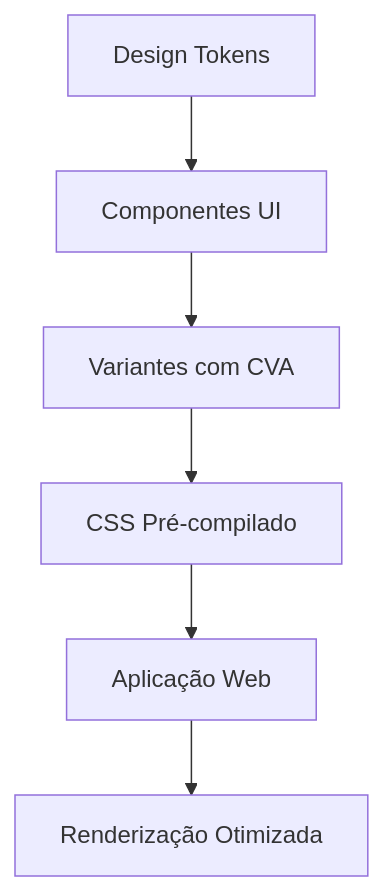
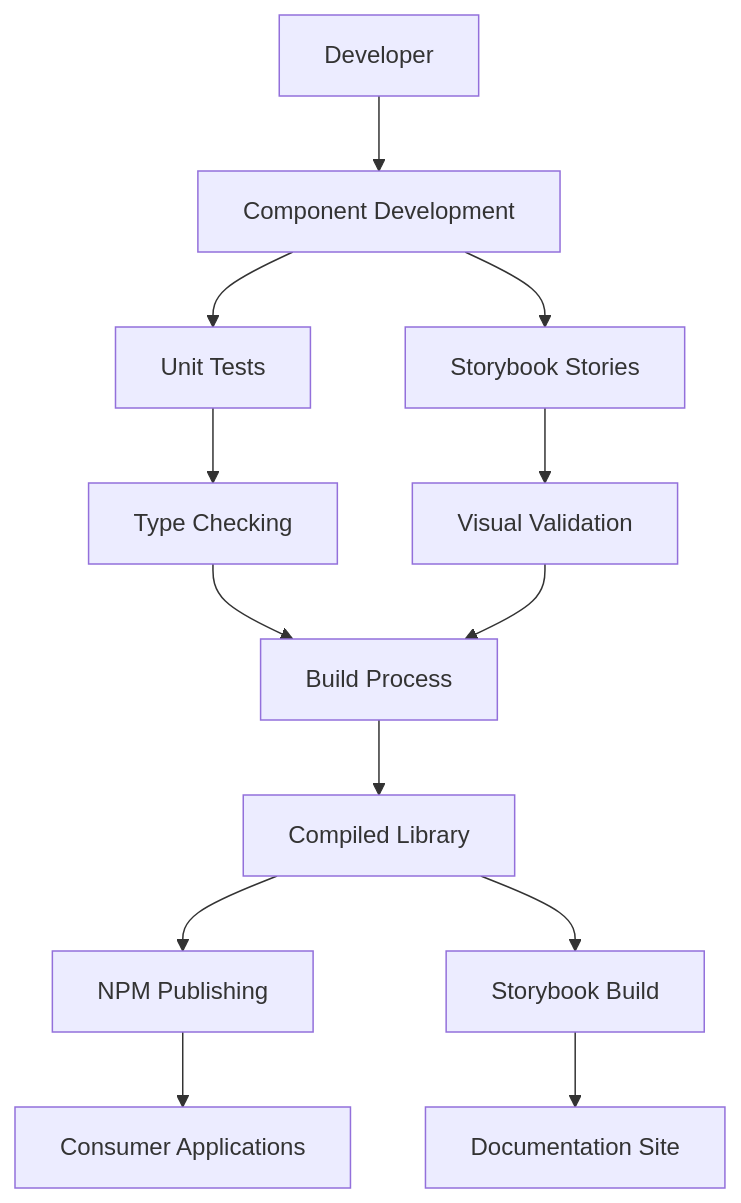
The diagram in .context/docs/architecture.md (Juscash/design-shadcn), drawn with Mermaid before and after one commit. The commit also changed other lines of this file and 17 other files, not shown here.

````diff
--- a/.context/docs/architecture.md
+++ b/.context/docs/architecture.md
@@ -133,8 +83,15 @@
 ```mermaid
-flowchart TB
-    A[Design Tokens] --> B[Componentes UI]
-    B --> C[Variantes com CVA]
-    C --> D[CSS Pré-compilado]
-    D --> E[Aplicação Web]
-    E --> F[Renderização Otimizada]
+flowchart TD
+    A[Developer] --> B[Component Development]
+    B --> C[Unit Tests]
+    B --> D[Storybook Stories]
+    C --> E[Type Checking]
+    D --> F[Visual Validation]
+    E --> G[Build Process]
+    F --> G
+    G --> H[Compiled Library]
+    H --> I[NPM Publishing]
+    H --> J[Storybook Build]
+    I --> K[Consumer Applications]
+    J --> L[Documentation Site]
 ```
````
